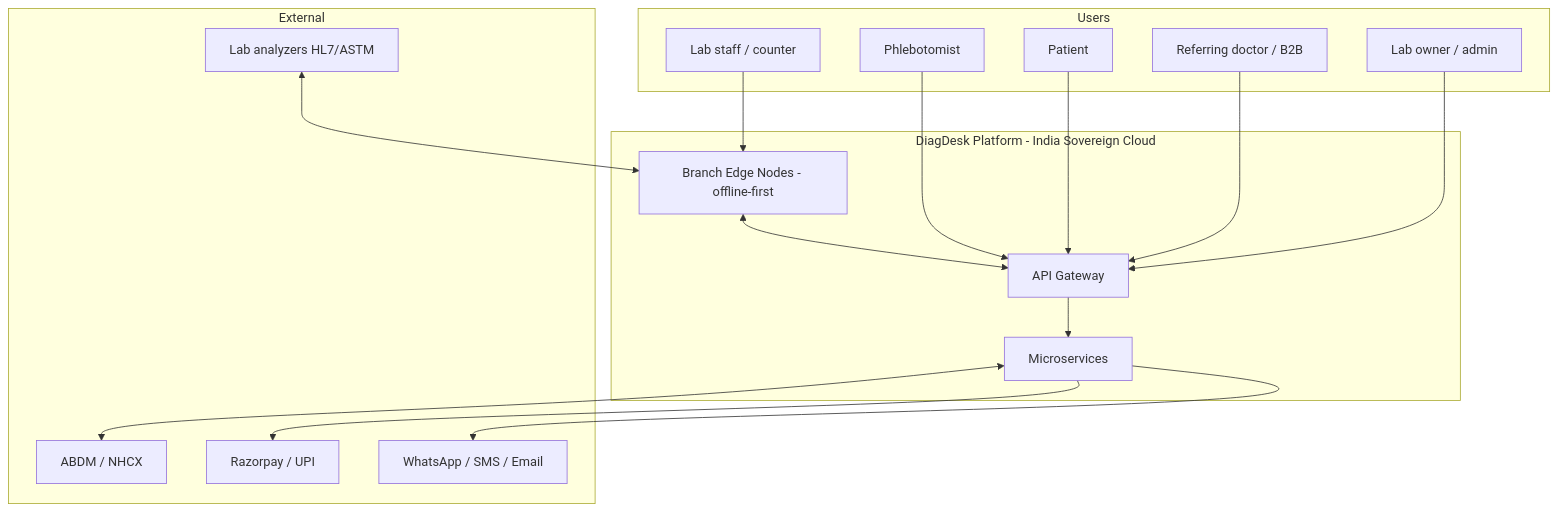
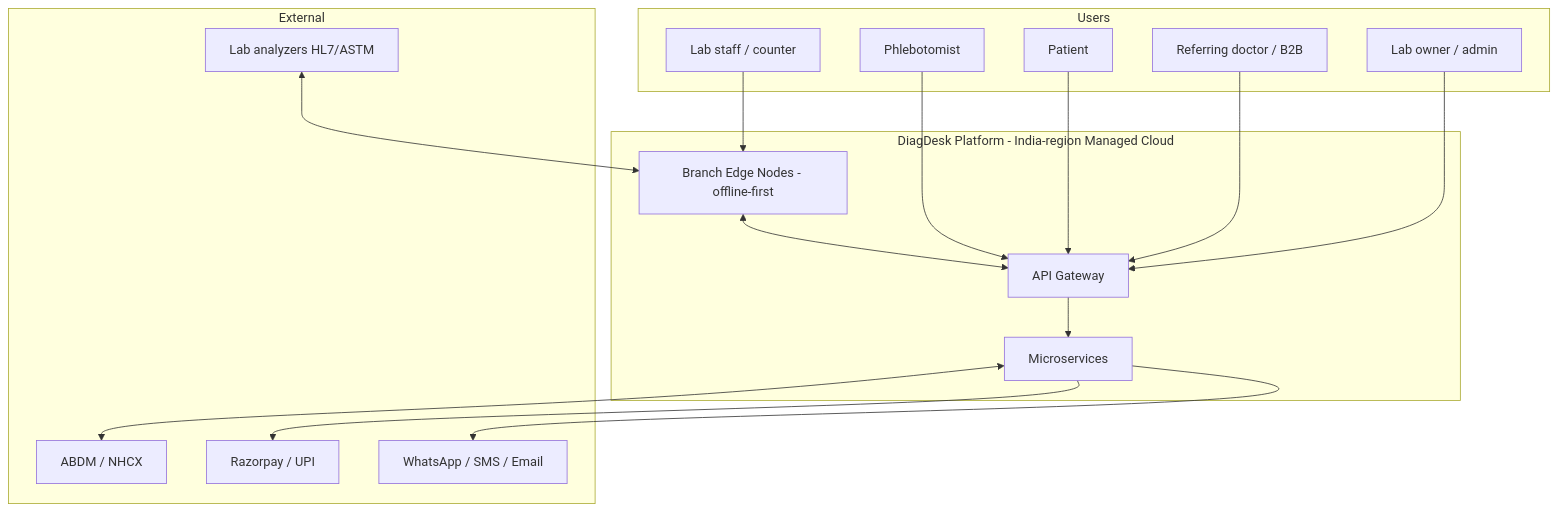
The first of 4 diagrams in docs/technical-architecture.md (pulluri-sridhar/DiagDesk), drawn with Mermaid before and after one commit. The commit also changed other lines of this file and 42 other files, not shown here.

````diff
--- a/docs/technical-architecture.md
+++ b/docs/technical-architecture.md
@@ -32,33 +32,33 @@
 ```mermaid
 graph TB
   subgraph Users
     LabStaff[Lab staff / counter]
     Phleb[Phlebotomist]
     Patient[Patient]
     Doctor[Referring doctor / B2B]
     Admin[Lab owner / admin]
   end
-  subgraph DiagDesk[DiagDesk Platform - India Sovereign Cloud]
+  subgraph DiagDesk[DiagDesk Platform - India-region Managed Cloud]
     GW[API Gateway]
     SVC[Microservices]
     Edge[Branch Edge Nodes - offline-first]
   end
   subgraph External
     Analyzers[Lab analyzers HL7/ASTM]
     ABDM[ABDM / NHCX]
     Pay[Razorpay / UPI]
     WA[WhatsApp / SMS / Email]
   end
 
   LabStaff --> Edge
   Phleb --> GW
   Patient --> GW
   Doctor --> GW
   Admin --> GW
   Edge <--> GW
   GW --> SVC
   Analyzers <--> Edge
   SVC <--> ABDM
   SVC --> Pay
   SVC --> WA
 ```
````
